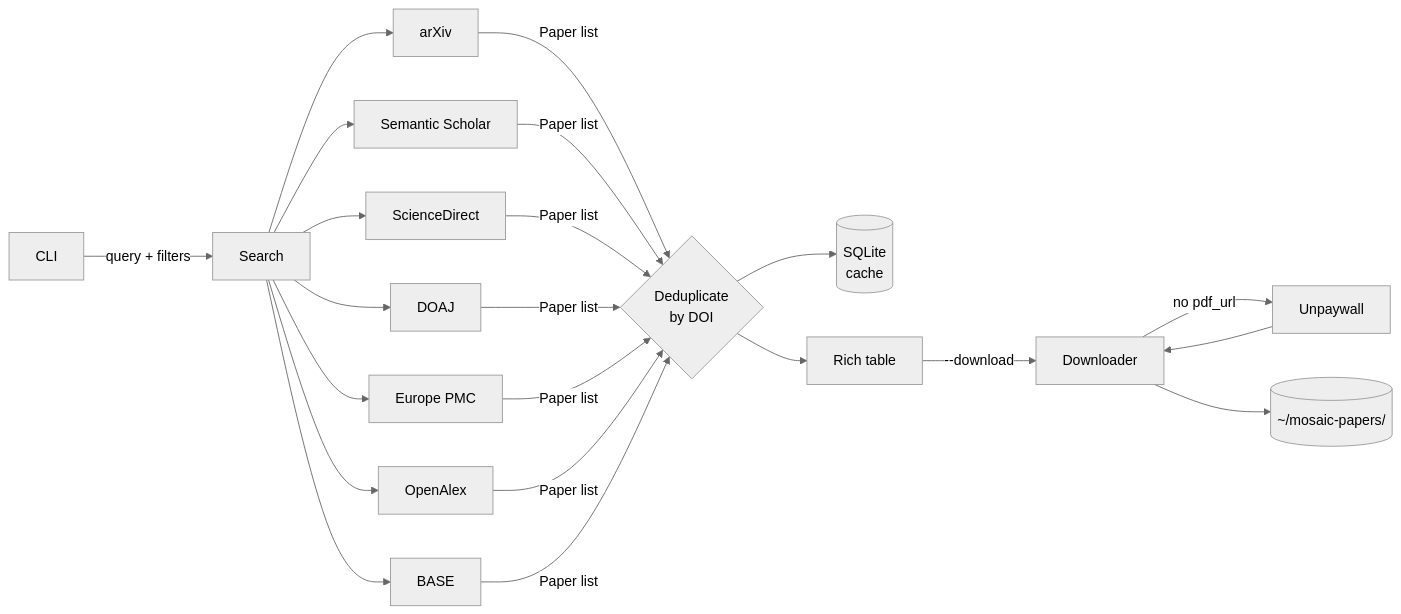
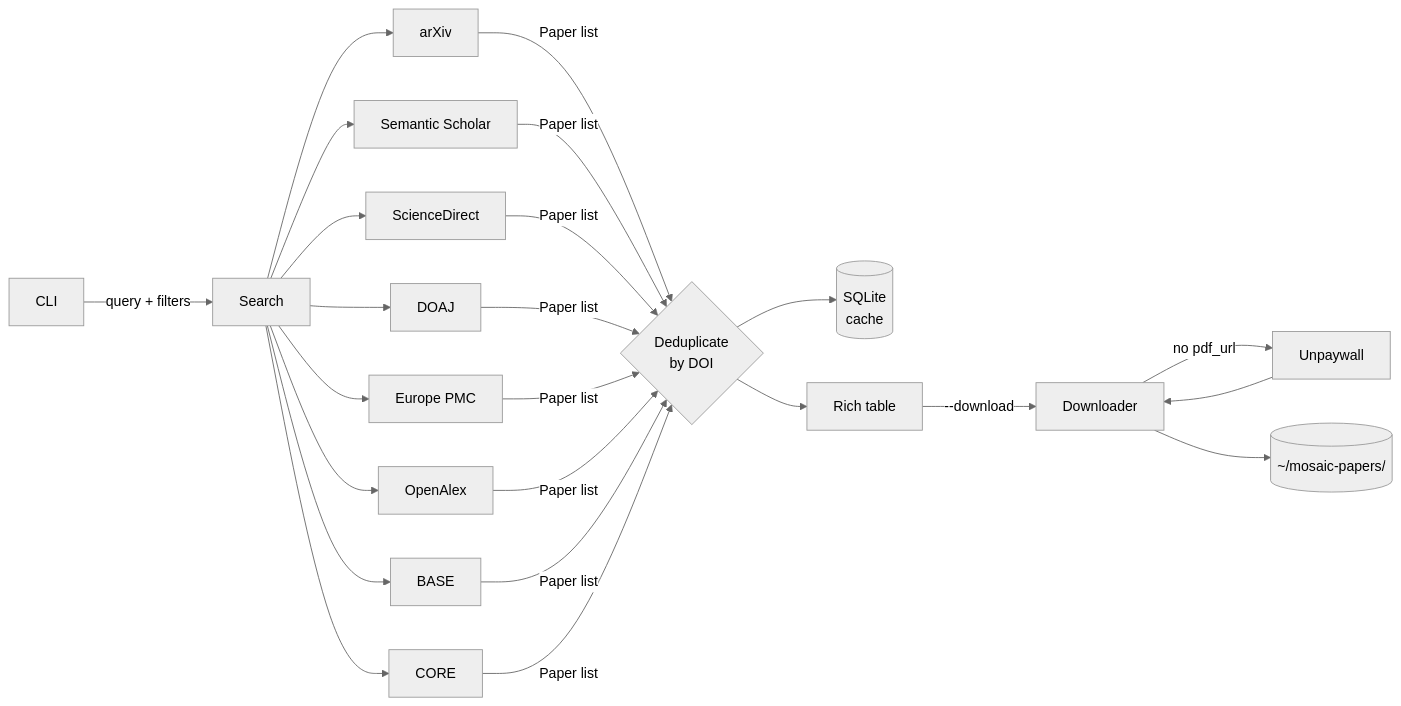
Before and after one commit to szaghi/mosaic: the diagram in README.md, drawn with Mermaid (neutral theme). The commit also changed other lines of this file and 9 other files, not shown here.

First line of the commit message:
feat(sources): add CORE open-access aggregator source

````diff
--- a/README.md
+++ b/README.md
@@ -145,12 +146,12 @@
 ```mermaid
 flowchart LR
     CLI -->|query + filters| Search
-    Search --> arXiv & SS[Semantic Scholar] & SD[ScienceDirect] & DOAJ & EPMC[Europe PMC] & OA[OpenAlex] & BASE
-    arXiv & SS & SD & DOAJ & EPMC & OA & BASE -->|Paper list| Dedup{Deduplicate\nby DOI}
+    Search --> arXiv & SS[Semantic Scholar] & SD[ScienceDirect] & DOAJ & EPMC[Europe PMC] & OA[OpenAlex] & BASE & CORE
+    arXiv & SS & SD & DOAJ & EPMC & OA & BASE & CORE -->|Paper list| Dedup{Deduplicate\nby DOI}
     Dedup --> Cache[(SQLite\ncache)]
     Dedup --> Table[Rich table]
     Table -->|--download| DL[Downloader]
     DL -->|no pdf_url| UPW[Unpaywall]
     UPW --> DL
     DL --> Disk[(~/mosaic-papers/)]
 ```
````
